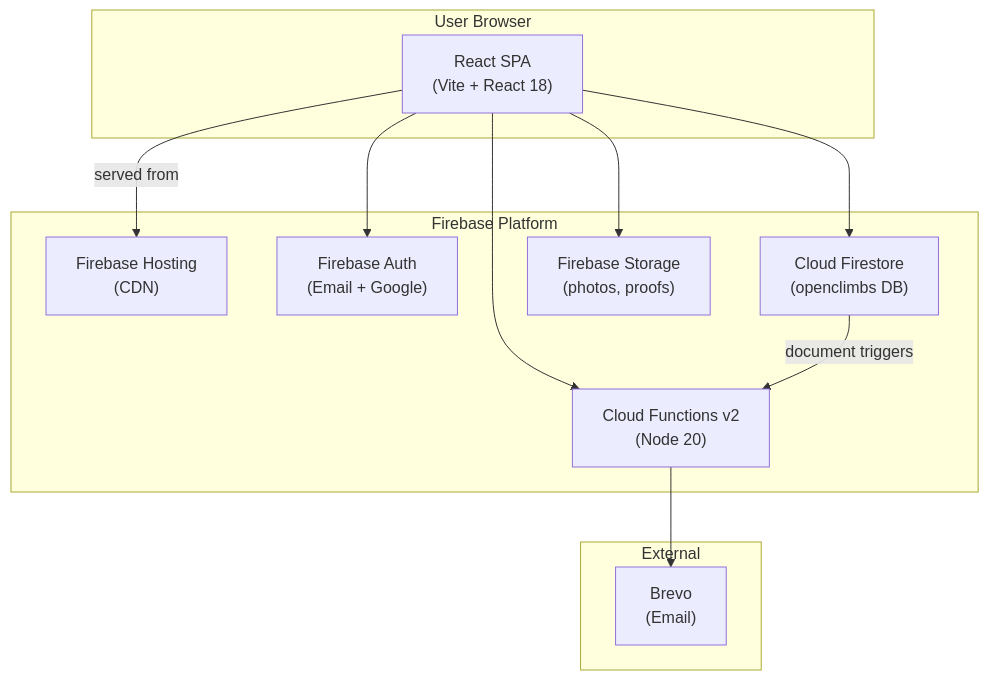
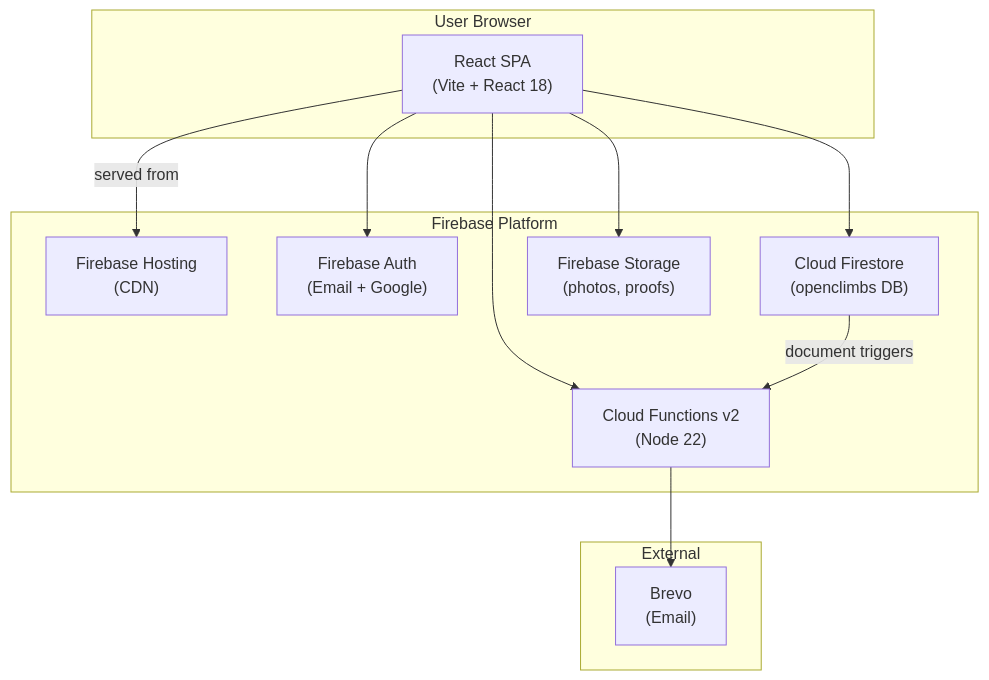
Before and after one commit to Oweeboi011/mms-open-climbs: the first of 3 diagrams in README.md, drawn with Mermaid. The commit also changed other lines of this file and 13 other files, not shown here.

````diff
--- a/README.md
+++ b/README.md
@@ -9,26 +9,26 @@
 ```mermaid
 graph TB
     subgraph Browser["User Browser"]
         SPA["React SPA\n(Vite + React 18)"]
     end
 
     subgraph Firebase["Firebase Platform"]
         FH["Firebase Hosting\n(CDN)"]
         FA["Firebase Auth\n(Email + Google)"]
         FS["Cloud Firestore\n(openclimbs DB)"]
         ST["Firebase Storage\n(photos, proofs)"]
-        CF["Cloud Functions v2\n(Node 20)"]
+        CF["Cloud Functions v2\n(Node 22)"]
     end
 
     subgraph External["External"]
         BV["Brevo\n(Email)"]
     end
 
     SPA -->|served from| FH
     SPA --> FA
     SPA --> FS
     SPA --> ST
     SPA --> CF
     FS -->|document triggers| CF
     CF --> BV
 ```
````
